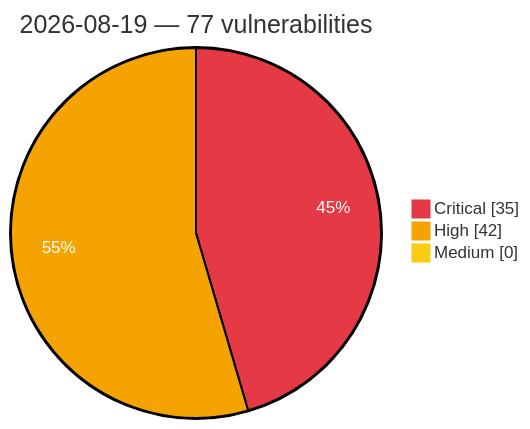
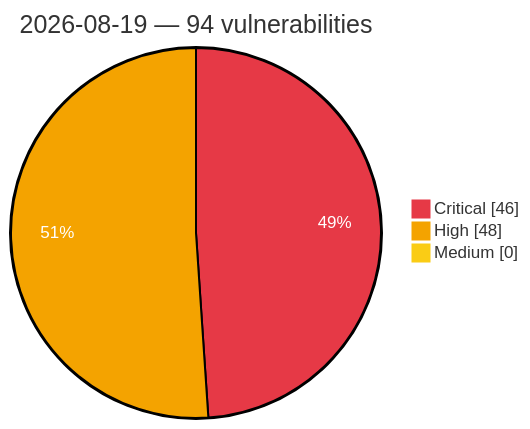
One commit to GhostX0X/vuln-tracker changed the diagram in vulnerabilities/2026/August/2026-08-19.md. Above: the diagram before and after it, drawn with Mermaid. The commit also changed other lines of this file and 5 other files, not shown here.

Commit message:
Auto update: critical/high vulns (2026-08-19 19:38 UTC)

````diff
--- a/vulnerabilities/2026/August/2026-08-19.md
+++ b/vulnerabilities/2026/August/2026-08-19.md
@@ -3,8 +3,8 @@
 ```mermaid
 %%{init: {'theme':'base', 'themeVariables': {'pie1':'#e63946', 'pie2':'#f4a300', 'pie3':'#facc15', 'pieOpacity':'1', 'pieOuterStrokeWidth':'2px', 'pieSectionTextColor':'#ffffff'}}}%%
 pie showData
-    title 2026-08-19 — 77 vulnerabilities
-    "Critical" : 35
-    "High" : 42
+    title 2026-08-19 — 94 vulnerabilities
+    "Critical" : 46
+    "High" : 48
     "Medium" : 0
 ```
````
